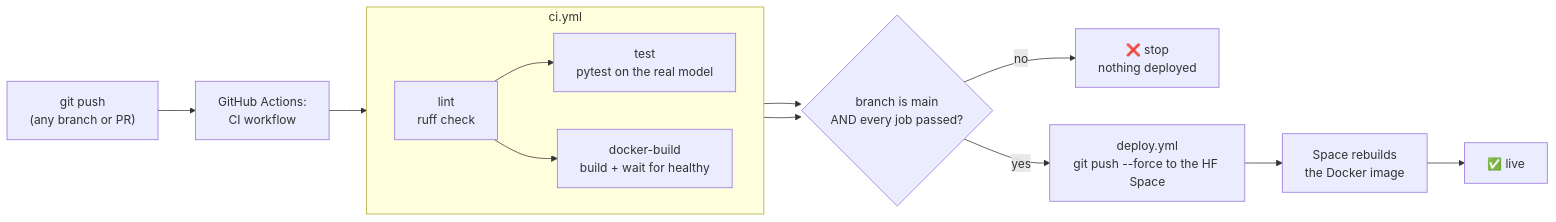
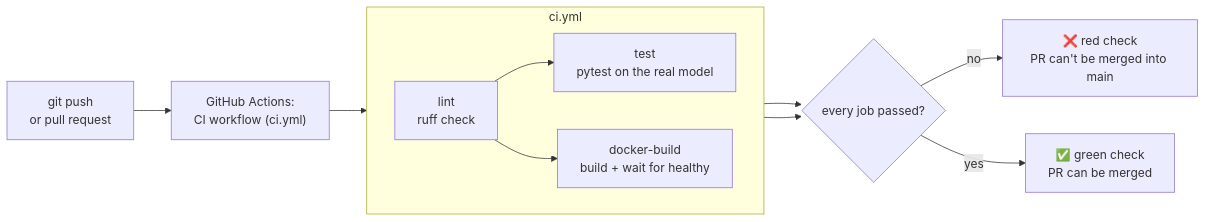
Before and after one commit to HansTeee/corn-disease-ml-app: the second of 2 diagrams in README.md, drawn with Mermaid. The commit also changed other lines of this file and 2 other files, not shown here.

First line of the commit message:
Remove HF Spaces deploy, update README for GitHub

````diff
--- a/README.md
+++ b/README.md
@@ -68,16 +47,14 @@
 ```mermaid
 flowchart LR
-    P["git push<br/>(any branch or PR)"] --> GA["GitHub Actions:<br/>CI workflow"]
+    P["git push<br/>or pull request"] --> GA["GitHub Actions:<br/>CI workflow (ci.yml)"]
     subgraph CI["ci.yml"]
         direction LR
         L["lint<br/>ruff check"] --> T["test<br/>pytest on the real model"]
         L --> D["docker-build<br/>build + wait for healthy"]
     end
     GA --> L
-    T --> G{"branch is main<br/>AND every job passed?"}
+    T --> G{"every job passed?"}
     D --> G
-    G -->|"no"| X["❌ stop<br/>nothing deployed"]
-    G -->|"yes"| DEP["deploy.yml<br/>git push --force to the HF Space"]
-    DEP --> R["Space rebuilds<br/>the Docker image"]
-    R --> LIVE["✅ live"]
+    G -->|"no"| X["❌ red check<br/>PR can't be merged into main"]
+    G -->|"yes"| OK["✅ green check<br/>PR can be merged"]
 ```
````
